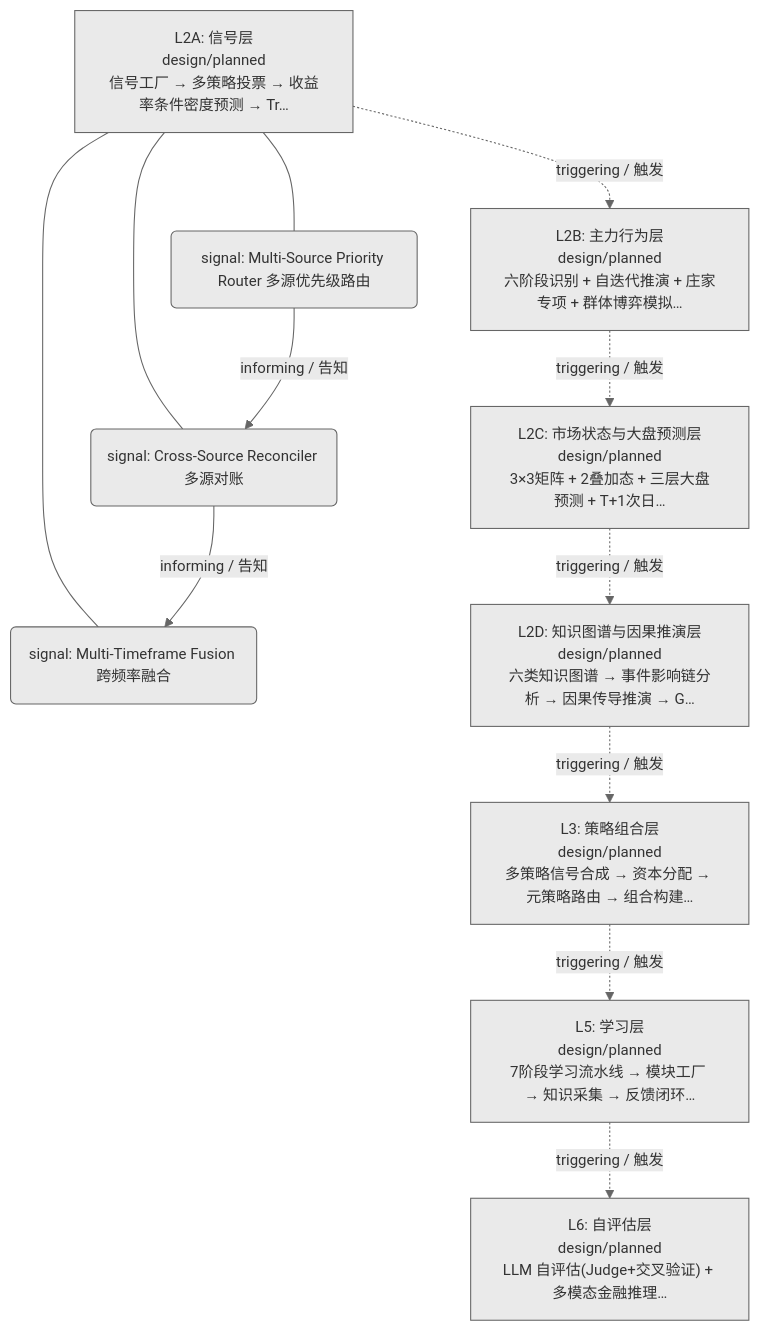
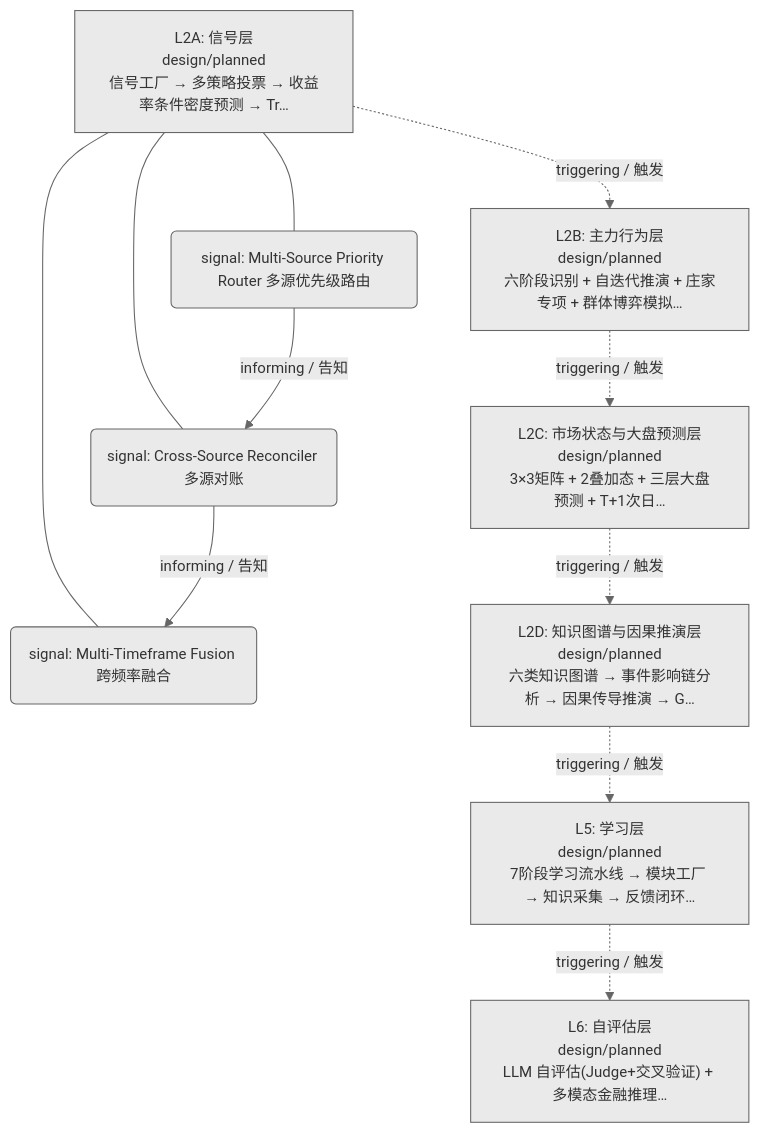
The first of 2 diagrams in docs/02_enterprise_architecture/06_decision_architecture/06_decision_l2a_data.md (xuanFelixVan/ZephyrAlpha), drawn with Mermaid before and after one commit. The commit also changed other lines of this file and 36 other files, not shown here.

First line of the commit message:
docs(arch): 三图入口索引加大白话解释 + 数据流生成器命名治本

````diff
--- a/docs/02_enterprise_architecture/06_decision_architecture/06_decision_l2a_data.md
+++ b/docs/02_enterprise_architecture/06_decision_architecture/06_decision_l2a_data.md
@@ -23,25 +23,23 @@
 ```mermaid
 %%{init: {'theme': 'base', 'themeVariables': {'primaryColor': '#eaeaea', 'primaryTextColor': '#333333', 'primaryBorderColor': '#666666', 'lineColor': '#666666', 'secondaryColor': '#eaeaea', 'tertiaryColor': '#eaeaea', 'fontSize': '14px'}}}%%
 flowchart TD
     LL2A["L2A: 信号层<br/>design/planned<br/>信号工厂 → 多策略投票 → 收益率条件密度预测 → Tr…"]
     N192("signal: Multi-Source Priority Router 多源优先级路由")
     LL2A --- N192
     N193("signal: Cross-Source Reconciler 多源对账")
     LL2A --- N193
     N194("signal: Multi-Timeframe Fusion 跨频率融合")
     LL2A --- N194
     LL2B["L2B: 主力行为层<br/>design/planned<br/>六阶段识别 + 自迭代推演 + 庄家专项 + 群体博弈模拟…"]
     LL2C["L2C: 市场状态与大盘预测层<br/>design/planned<br/>3×3矩阵 + 2叠加态 + 三层大盘预测 + T+1次日…"]
     LL2D["L2D: 知识图谱与因果推演层<br/>design/planned<br/>六类知识图谱 → 事件影响链分析 → 因果传导推演 → G…"]
-    LL3["L3: 策略组合层<br/>design/planned<br/>多策略信号合成 → 资本分配 → 元策略路由 → 组合构建…"]
     LL5["L5: 学习层<br/>design/planned<br/>7阶段学习流水线 → 模块工厂 → 知识采集 → 反馈闭环…"]
     LL6["L6: 自评估层<br/>design/planned<br/>LLM 自评估(Judge+交叉验证) + 多模态金融推理…"]
     LL2A -.->|triggering / 触发| LL2B
     LL2B -.->|triggering / 触发| LL2C
     LL2C -.->|triggering / 触发| LL2D
-    LL2D -.->|triggering / 触发| LL3
-    LL3 -.->|triggering / 触发| LL5
+    LL2D -.->|triggering / 触发| LL5
     LL5 -.->|triggering / 触发| LL6
     N192 -->|informing / 告知| N193
     N193 -->|informing / 告知| N194
 ```
````
